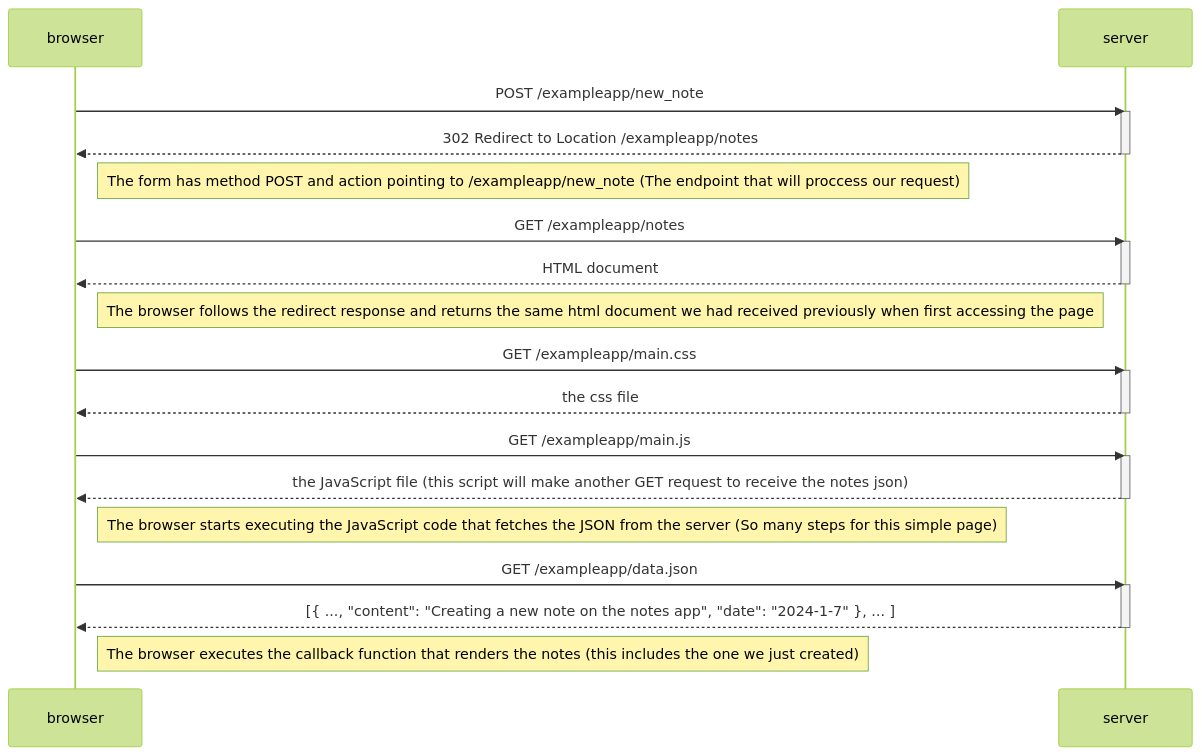
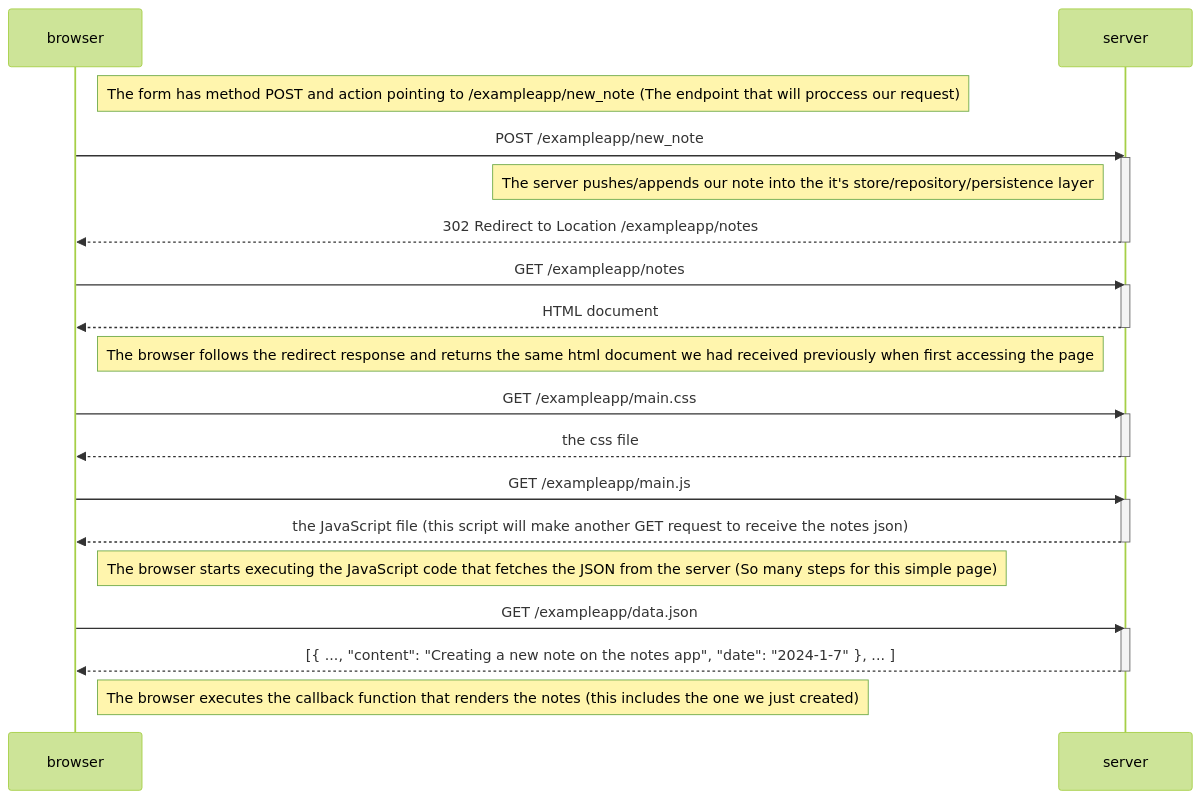
The second of 2 diagrams in fullstack/part0/0-4.md (duartqx/helsinki), drawn with Mermaid (forest theme) before and after one commit.

Commit message:
0.4 reordering notes

````diff
--- a/fullstack/part0/0-4.md
+++ b/fullstack/part0/0-4.md
@@ -41,38 +41,43 @@
 ```mermaid
 sequenceDiagram
     participant browser
     participant server
 
+    Note right of browser: The form has method POST and action pointing to /exampleapp/new_note (The endpoint that will proccess our request)
+
     browser->>server: POST /exampleapp/new_note
+
     activate server
+
+    Note left of server: The server pushes/appends our note into the it's store/repository/persistence layer
+
     server-->>browser: 302 Redirect to Location /exampleapp/notes
+
     deactivate server
-
-    Note right of browser: The form has method POST and action pointing to /exampleapp/new_note (The endpoint that will proccess our request)
 
     browser->>server: GET /exampleapp/notes
     activate server
     server-->>browser: HTML document
     deactivate server
 
     Note right of browser: The browser follows the redirect response and returns the same html document we had received previously when first accessing the page
 
     browser->>server: GET /exampleapp/main.css
     activate server
     server-->>browser: the css file
     deactivate server
 
     browser->>server: GET /exampleapp/main.js
     activate server
     server-->>browser: the JavaScript file (this script will make another GET request to receive the notes json)
     deactivate server
 
     Note right of browser: The browser starts executing the JavaScript code that fetches the JSON from the server (So many steps for this simple page)
 
     browser->>server: GET /exampleapp/data.json
     activate server
     server-->>browser: [{ ..., "content": "Creating a new note on the notes app", "date": "2024-1-7" }, ... ]
     deactivate server
 
     Note right of browser: The browser executes the callback function that renders the notes (this includes the one we just created)
 ```
````
